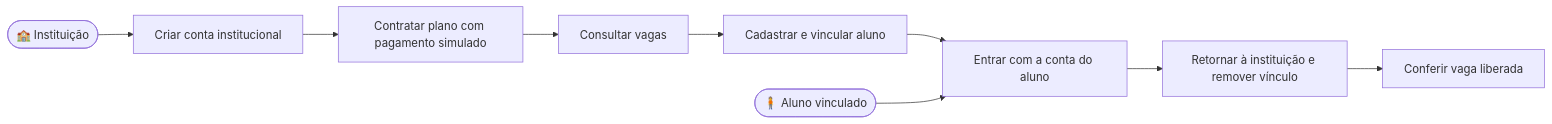
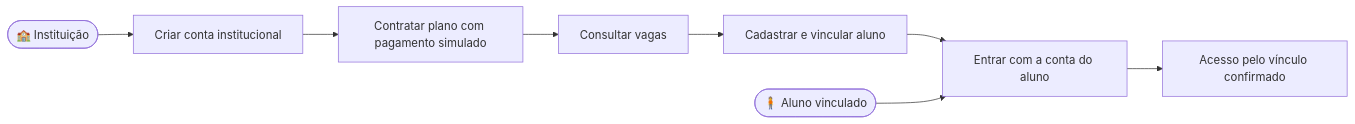
The diagram in etc/cdu/CDU-18-jornada-feliz-da-instituicao.md (JoaoLRS/IVIS), drawn with Mermaid before and after one commit. The commit also changed other lines of this file and 20 other files, not shown here.

````diff
--- a/etc/cdu/CDU-18-jornada-feliz-da-instituicao.md
+++ b/etc/cdu/CDU-18-jornada-feliz-da-instituicao.md
@@ -48,13 +52,12 @@
 ```mermaid
 flowchart LR
     instituicao(["🏫 Instituição"])
     aluno(["🧍 Aluno vinculado"])
     instituicao --> cadastro["Criar conta institucional"]
     cadastro --> plano["Contratar plano com pagamento simulado"]
     plano --> vagas["Consultar vagas"]
     vagas --> vinculo["Cadastrar e vincular aluno"]
     vinculo --> acesso["Entrar com a conta do aluno"]
     aluno --> acesso
-    acesso --> remover["Retornar à instituição e remover vínculo"]
-    remover --> livres["Conferir vaga liberada"]
+    acesso --> confirmado["Acesso pelo vínculo confirmado"]
 ```
````
